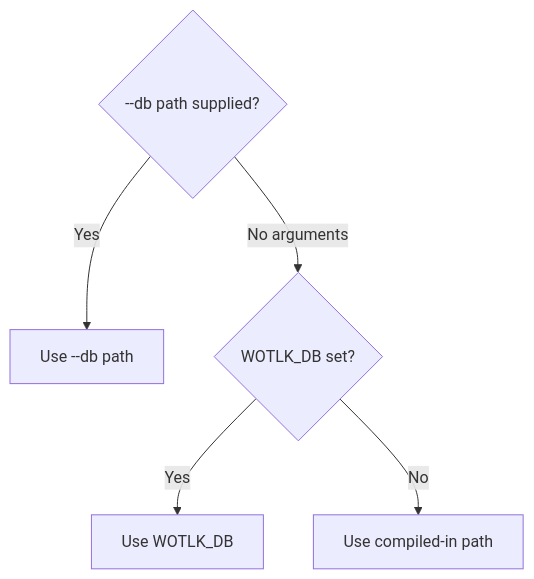
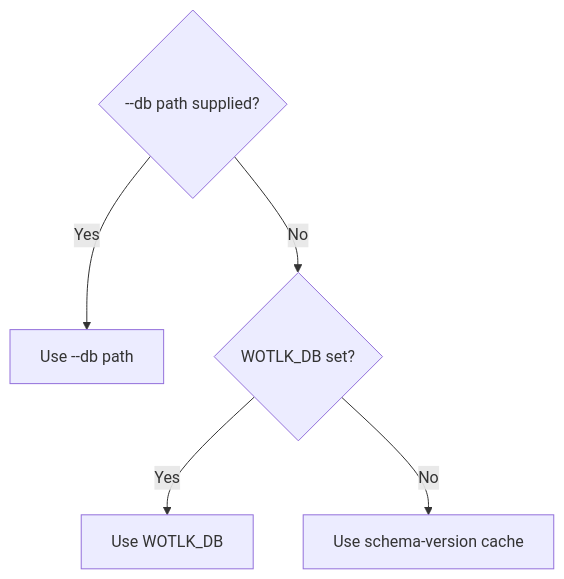
The diagram in docs/reference/configuration.md (denisdasilvarocha/wotlk-database-mcp), drawn with Mermaid before and after one commit. The commit also changed other lines of this file and 7 other files, not shown here.

Commit message:
docs: document npx installation and database cache

````diff
--- a/docs/reference/configuration.md
+++ b/docs/reference/configuration.md
@@ -23,9 +23,9 @@
 ```mermaid
 flowchart TD
   accTitle: Database path selection
-  accDescr: The server uses the command-line database path first, then WOTLK_DB, then the compiled-in path.
+  accDescr: The server uses the command-line database path first, then WOTLK_DB, then the user cache.
   cli{"--db path supplied?"} -->|Yes| explicit["Use --db path"]
-  cli -->|No arguments| env{"WOTLK_DB set?"}
+  cli -->|No| env{"WOTLK_DB set?"}
   env -->|Yes| variable["Use WOTLK_DB"]
-  env -->|No| compiled["Use compiled-in path"]
+  env -->|No| cache["Use schema-version cache"]
 ```
````
